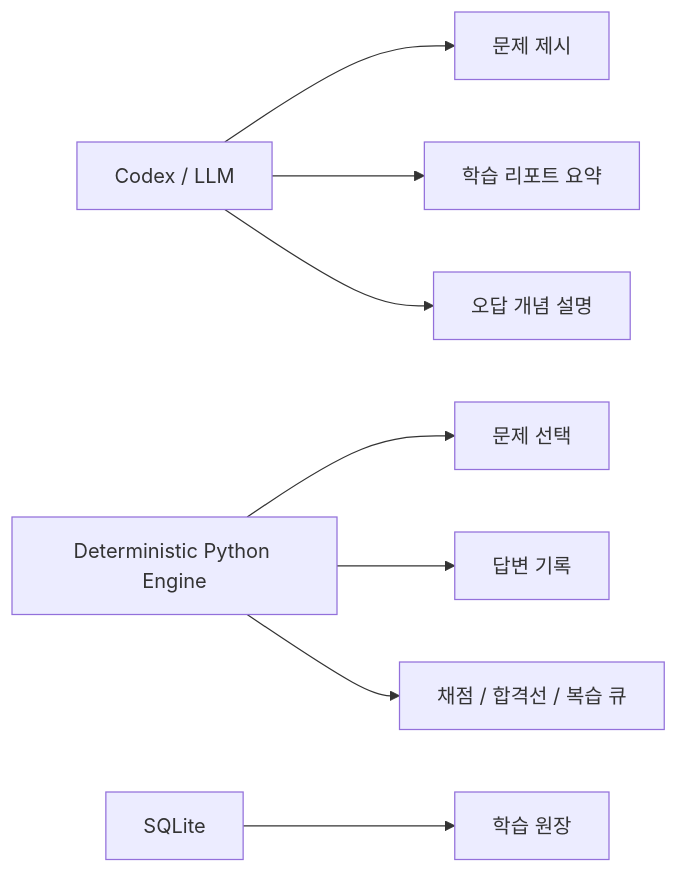
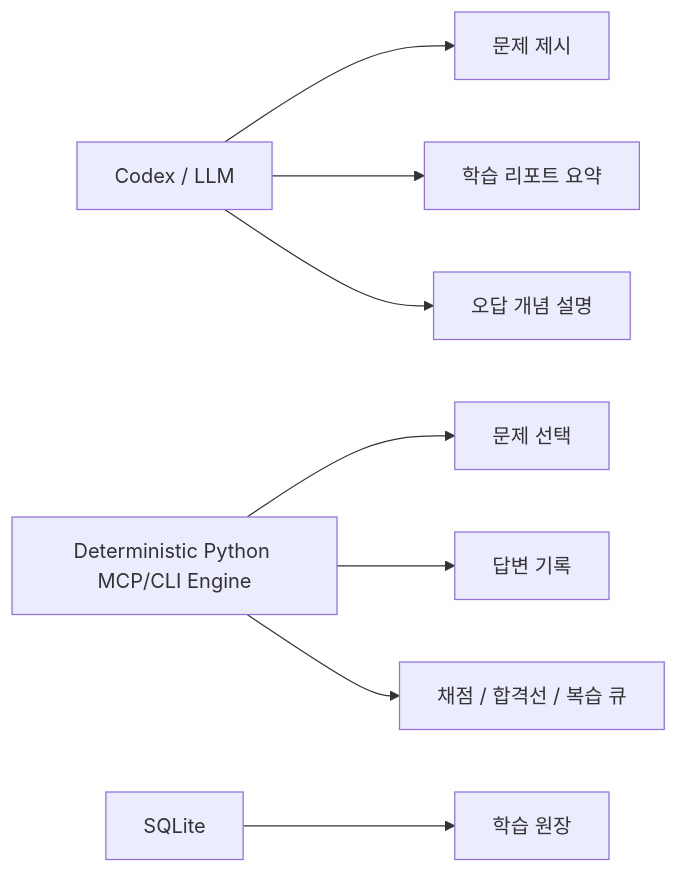
One commit to Merchantlee99/codex_learningsystem changed the second of 3 diagrams in README.md. Above: the diagram before and after it, drawn with Mermaid. The commit also changed other lines of this file and 14 other files, not shown here.

````diff
--- a/README.md
+++ b/README.md
@@ -77,10 +69,10 @@
 ```mermaid
 flowchart LR
   A["Codex / LLM"] --> B["문제 제시"]
   A --> C["학습 리포트 요약"]
   A --> D["오답 개념 설명"]
-  E["Deterministic Python Engine"] --> F["문제 선택"]
+  E["Deterministic Python MCP/CLI Engine"] --> F["문제 선택"]
   E --> G["답변 기록"]
   E --> H["채점 / 합격선 / 복습 큐"]
   I["SQLite"] --> J["학습 원장"]
 ```
````
